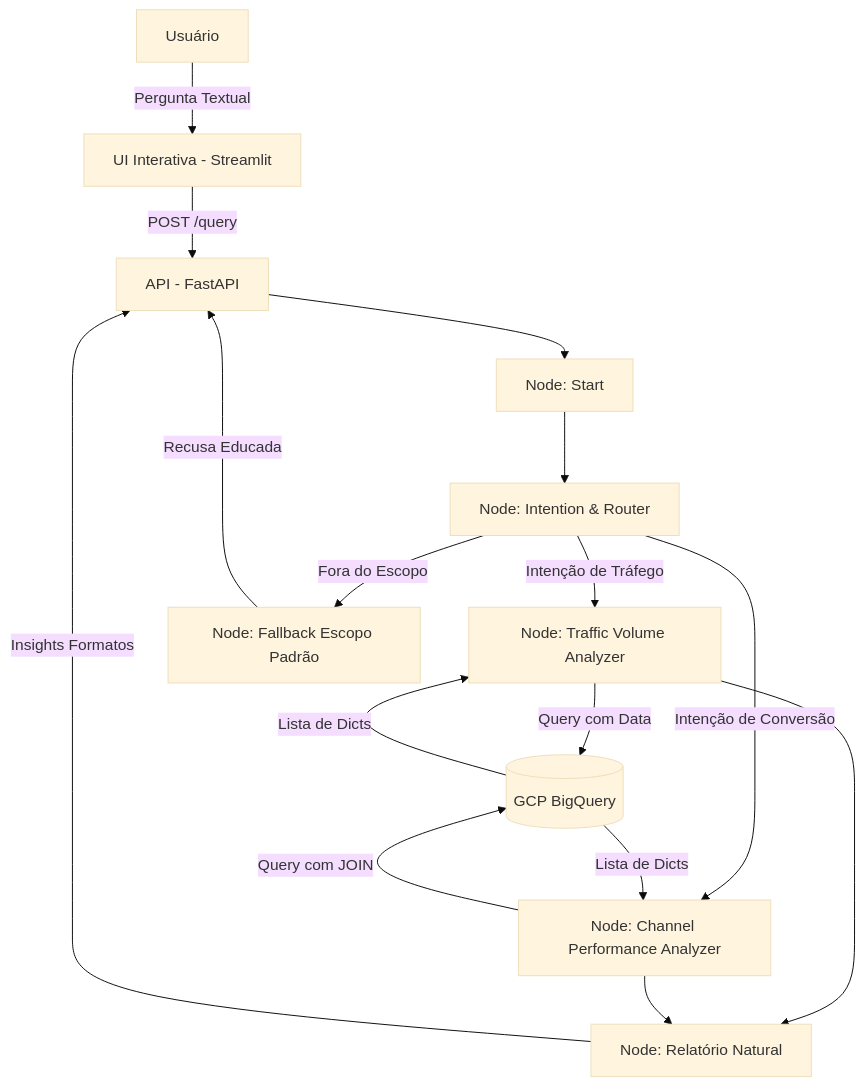
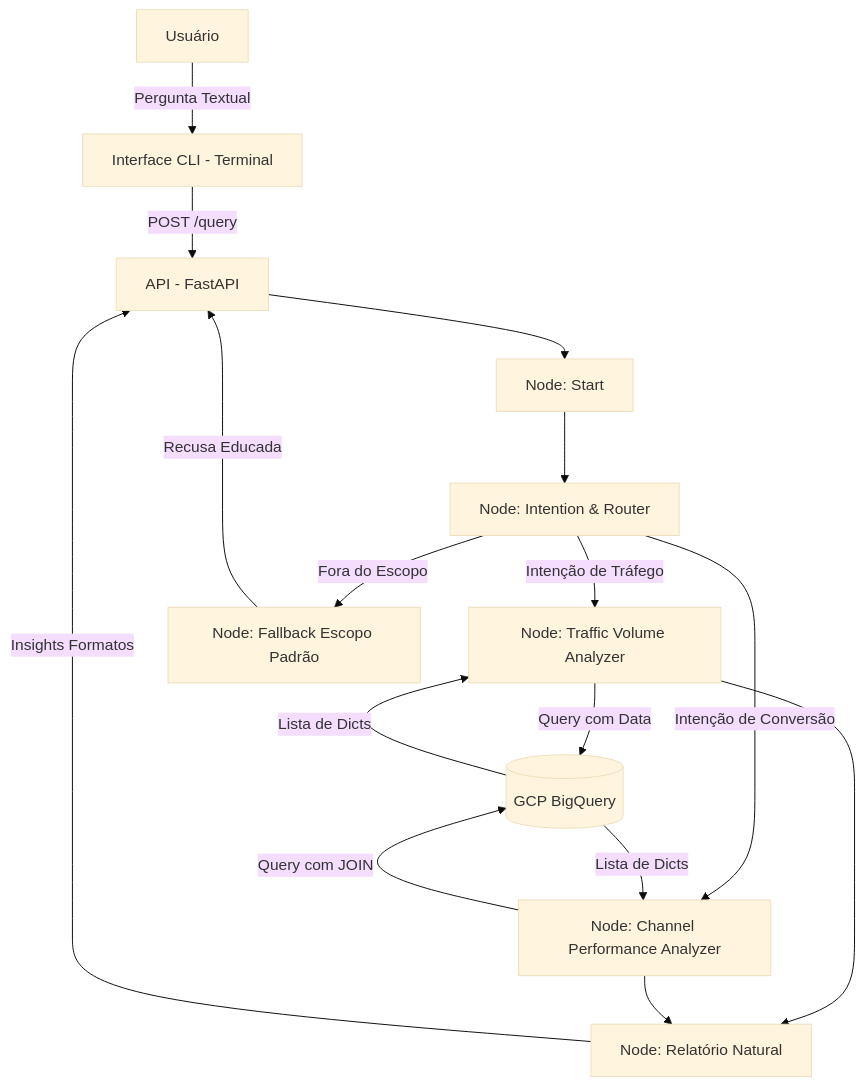
The diagram in .specs/design.md (Gabriel-Fachini/media-traffic-ai-analyst), drawn with Mermaid (base theme) before and after one commit. The commit also changed other lines of this file and 19 other files, not shown here.

````diff
--- a/.specs/design.md
+++ b/.specs/design.md
@@ -10,24 +11,24 @@
 ```mermaid
 graph TB
-    User[Usuário] -->|Pergunta Textual| UI[UI Interativa - Streamlit]
-    UI -->|POST /query| API[API - FastAPI]
+    User[Usuário] -->|Pergunta Textual| CLI[Interface CLI - Terminal]
+    CLI -->|POST /query| API[API - FastAPI]
     API --> GraphStart[Node: Start]
     
     GraphStart --> LLM[Node: Intention & Router]
     
     LLM -->|Intenção de Tráfego| Tool1[Node: Traffic Volume Analyzer]
     LLM -->|Intenção de Conversão| Tool2[Node: Channel Performance Analyzer]
     LLM -->|Fora do Escopo| Fallback[Node: Fallback Escopo Padrão]
     
     Tool1 -->|Query com Data| BQ[(GCP BigQuery)]
     Tool2 -->|Query com JOIN| BQ
     
     BQ -->|Lista de Dicts| Tool1
     BQ -->|Lista de Dicts| Tool2
     
     Tool1 --> Synthesize[Node: Relatório Natural]
     Tool2 --> Synthesize[Node: Relatório Natural]
     
     Synthesize -->|Insights Formatos| API
     Fallback -->|Recusa Educada| API
 ```
````
